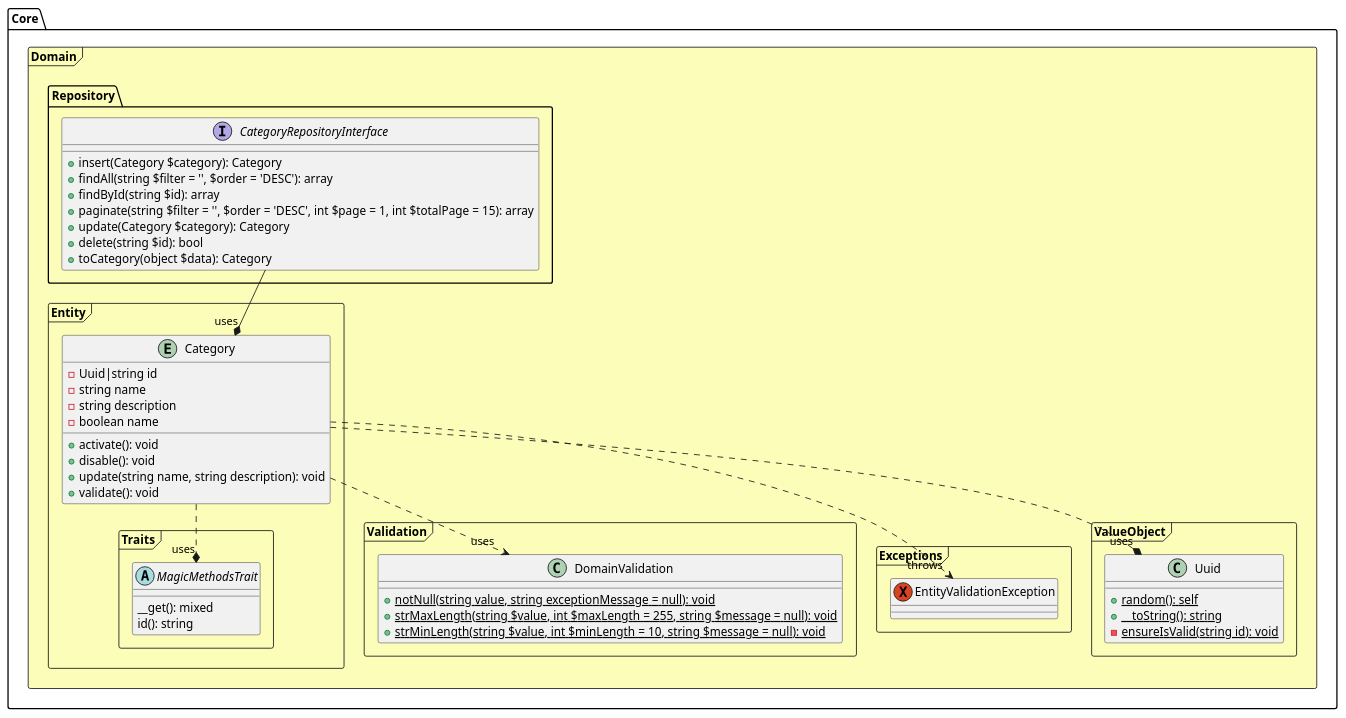
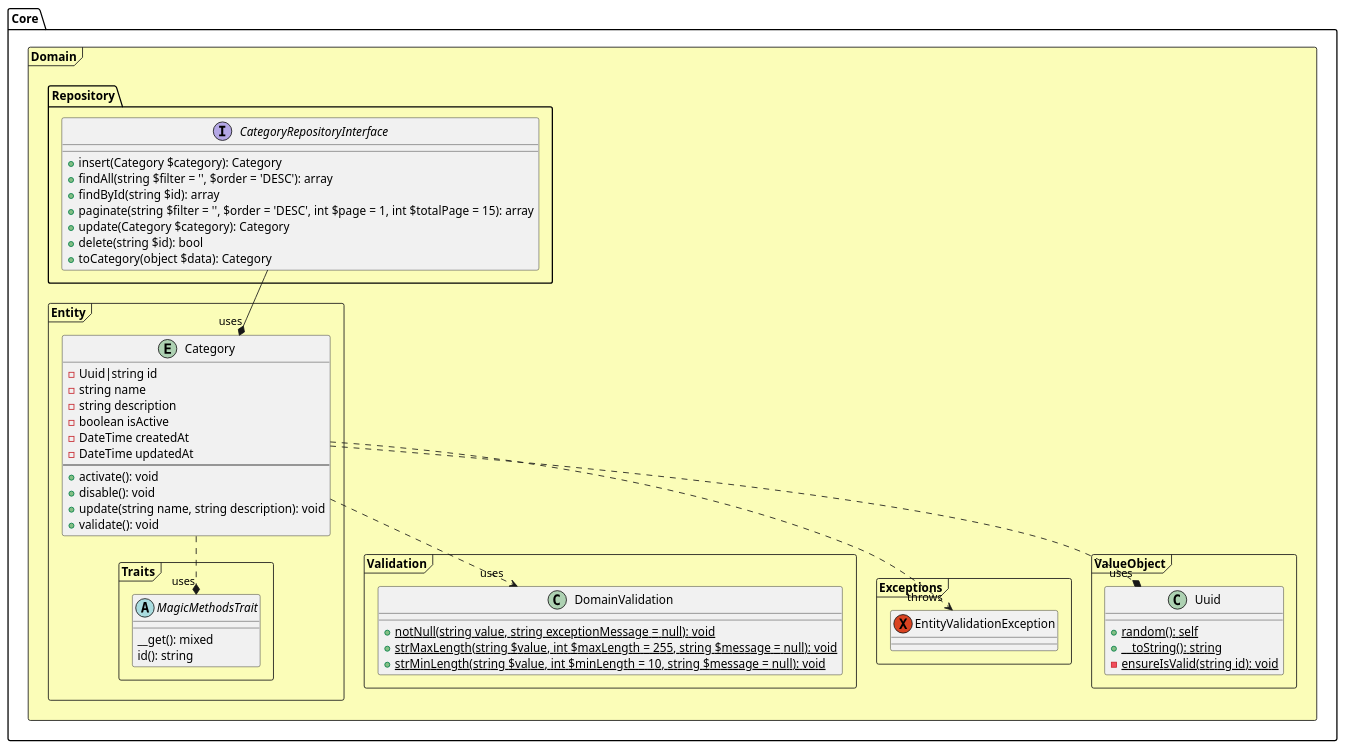
Before and after one commit to TiagOliveiraTI/microservice-video-catalog: the diagram in docs/C4/04-code.puml, drawn with PlantUML. The commit also changed 3 other files, not shown here.

```diff
--- a/docs/C4/04-code.puml
+++ b/docs/C4/04-code.puml
@@ -1,71 +1,74 @@
 @startuml Diagrama de Classe
 
 ' cores amarelo #fbfdb8 , vermelho #ffa19c, verde #a3fcb9, azul #a7d7d7
 package "Core" {
     package "Domain" <<Frame>> #fbfdb8 {
         package "Validation" <<Frame>> {
             class DomainValidation {
                 + {static} notNull(string value, string exceptionMessage = null): void
                 + {static} strMaxLength(string $value, int $maxLength = 255, string $message = null): void
                 + {static} strMinLength(string $value, int $minLength = 10, string $message = null): void
             }
         }
 
         package "Exceptions" <<Frame>> {
             exception EntityValidationException {
 
             }
         }
 
         package "ValueObject" <<Frame>>{
             class Uuid {
                 + {static} random(): self
                 + {static} __toString(): string
                 - {static} ensureIsValid(string id): void
             }
         }
 
         package "Repository" {
             interface CategoryRepositoryInterface {
                 + insert(Category $category): Category
                 + findAll(string $filter = '', $order = 'DESC'): array
                 + findById(string $id): array
                 + paginate(string $filter = '', $order = 'DESC', int $page = 1, int $totalPage = 15): array
                 + update(Category $category): Category
                 + delete(string $id): bool
                 + toCategory(object $data): Category
             }
         }
         
         package "Entity" <<Frame>>{
             ' - private #protected +public ~package private
 
             package "Traits" <<Frame>>{
                 abstract class MagicMethodsTrait {
                     __get(): mixed
                     id(): string
                 }
             }
 
             Entity Category {
                 - Uuid|string id
                 - string name
                 - string description
-                - boolean name
+                - boolean isActive
+                - DateTime createdAt
+                - DateTime updatedAt
+                ---
                 + activate(): void
                 + disable(): void
                 + update(string name, string description): void
                 + validate(): void
             }
         }
     }
 }
 
 Category ..* "uses" MagicMethodsTrait
 Category ..> "uses" DomainValidation
 Category ..* "uses" Uuid
 
 CategoryRepositoryInterface --* "uses" Category
 
 Category ..> "throws" EntityValidationException
 @enduml
```
